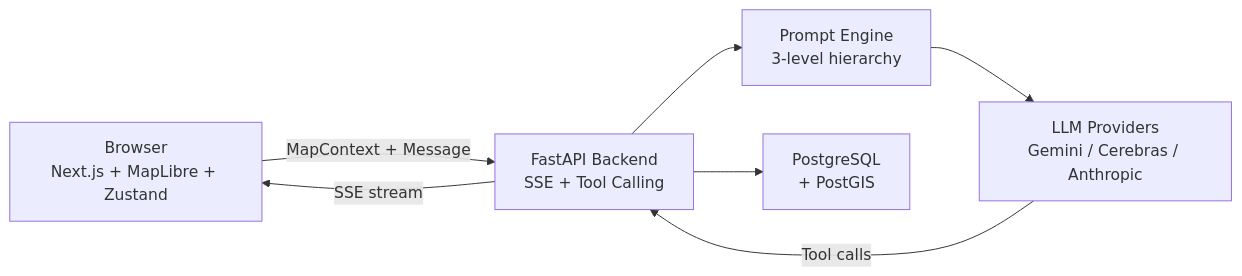
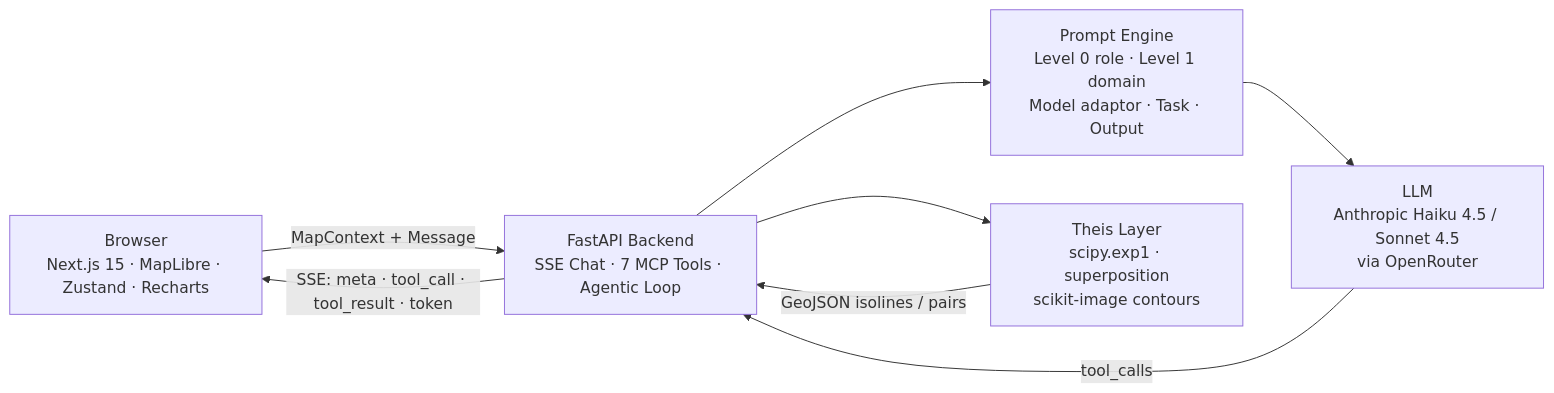
One commit to CreatmanCEO/hydrowatch changed the diagram in README.md. Above: the diagram before and after it, drawn with Mermaid. The commit also changed other lines of this file and 1 other file, not shown here.

First line of the commit message:
docs(readme): full rewrite reflecting Theis-based redesign

````diff
--- a/README.md
+++ b/README.md
@@ -28,14 +41,15 @@
 ```mermaid
 graph LR
-    Browser["Browser<br/>Next.js + MapLibre + Zustand"]
-    API["FastAPI Backend<br/>SSE + Tool Calling"]
-    PE["Prompt Engine<br/>3-level hierarchy"]
-    LLM["LLM Providers<br/>Gemini / Cerebras / Anthropic"]
-    DB["PostgreSQL<br/>+ PostGIS"]
+    Browser["Browser<br/>Next.js 15 · MapLibre · Zustand · Recharts"]
+    API["FastAPI Backend<br/>SSE Chat · 7 MCP Tools · Agentic Loop"]
+    PE["Prompt Engine<br/>Level 0 role · Level 1 domain<br/>Model adaptor · Task · Output"]
+    Hydro["Theis Layer<br/>scipy.exp1 · superposition<br/>scikit-image contours"]
+    LLM["LLM<br/>Anthropic Haiku 4.5 / Sonnet 4.5<br/>via OpenRouter"]
 
     Browser -->|"MapContext + Message"| API
     API --> PE --> LLM
-    LLM -->|"Tool calls"| API
-    API -->|"SSE stream"| Browser
-    API --> DB
+    LLM -->|"tool_calls"| API
+    API --> Hydro
+    Hydro -->|"GeoJSON isolines / pairs"| API
+    API -->|"SSE: meta · tool_call · tool_result · token"| Browser
 ```
````
